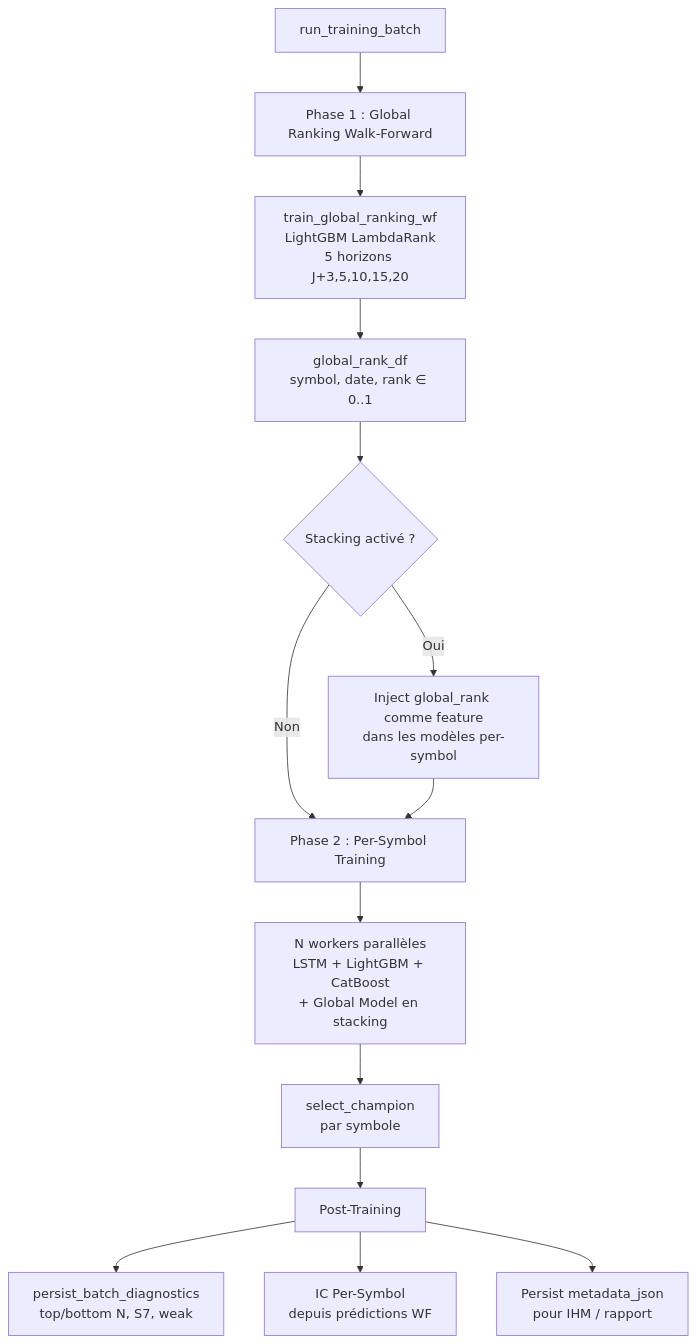
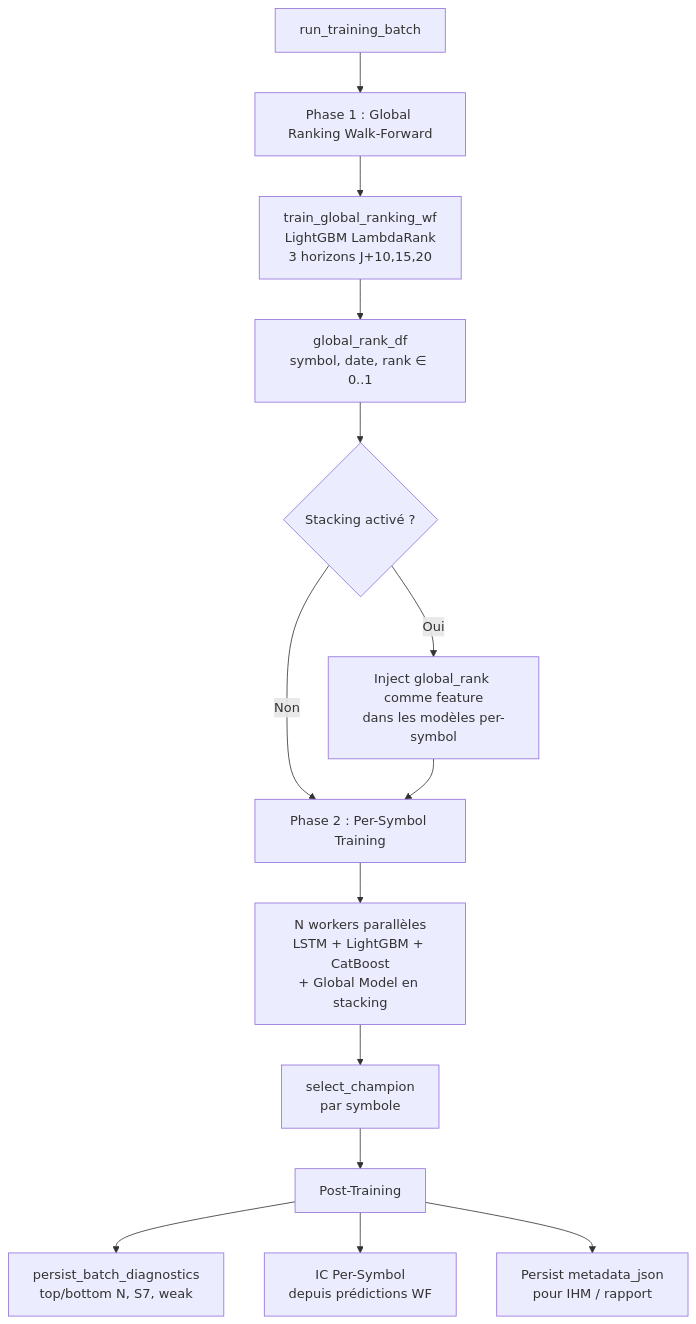
The diagram in doc/module_model_factory.md (mli2000fr/alpha_trade), drawn with Mermaid before and after one commit. The commit also changed other lines of this file and 3 other files, not shown here.

````diff
--- a/doc/module_model_factory.md
+++ b/doc/module_model_factory.md
@@ -48,19 +49,19 @@
 ```mermaid
 flowchart TD
     A[run_training_batch] --> B[Phase 1 : Global Ranking Walk-Forward]
-    B --> B1[train_global_ranking_wf<br/>LightGBM LambdaRank<br/>5 horizons J+3,5,10,15,20]
+    B --> B1[train_global_ranking_wf<br/>LightGBM LambdaRank<br/>3 horizons J+10,15,20]
     B1 --> B2[global_rank_df<br/>symbol, date, rank ∈ 0..1]
     
     B2 --> C{Stacking activé ?}
     C -->|Oui| D[Inject global_rank comme feature<br/>dans les modèles per-symbol]
     C -->|Non| E[Phase 2 : Per-Symbol Training]
     D --> E
     
     E --> E1[N workers parallèles<br/>LSTM + LightGBM + CatBoost<br/>+ Global Model en stacking]
     E1 --> E2[select_champion<br/>par symbole]
     
     E2 --> F[Post-Training]
     F --> F1[persist_batch_diagnostics<br/>top/bottom N, S7, weak]
     F --> F2[IC Per-Symbol<br/>depuis prédictions WF]
     F --> F3[Persist metadata_json<br/>pour IHM / rapport]
 ```
````
